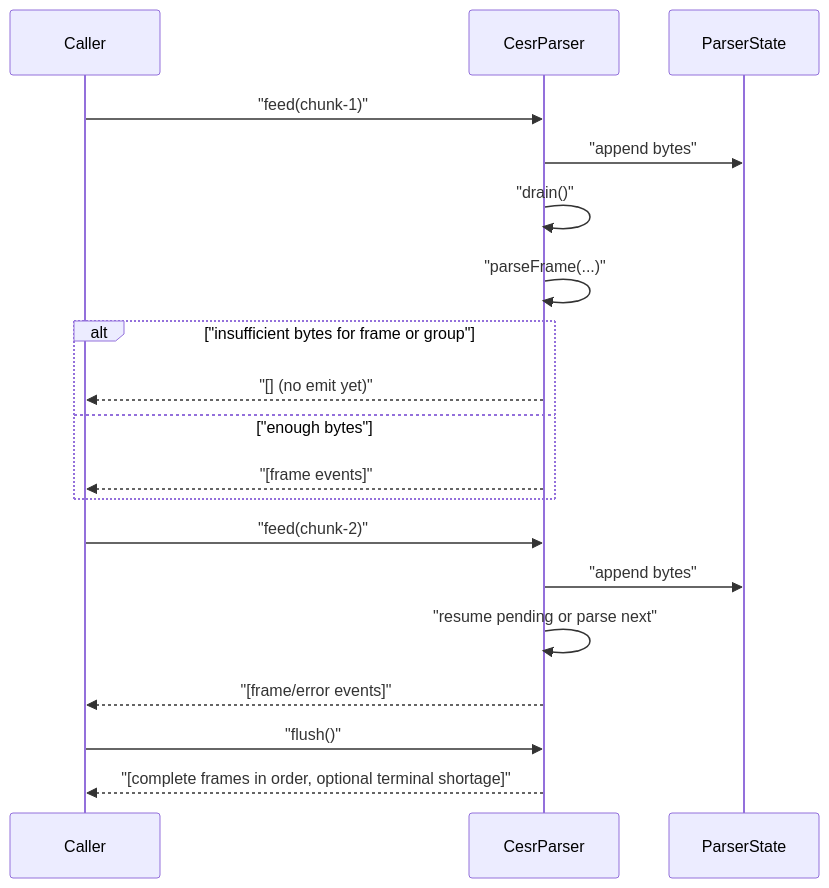
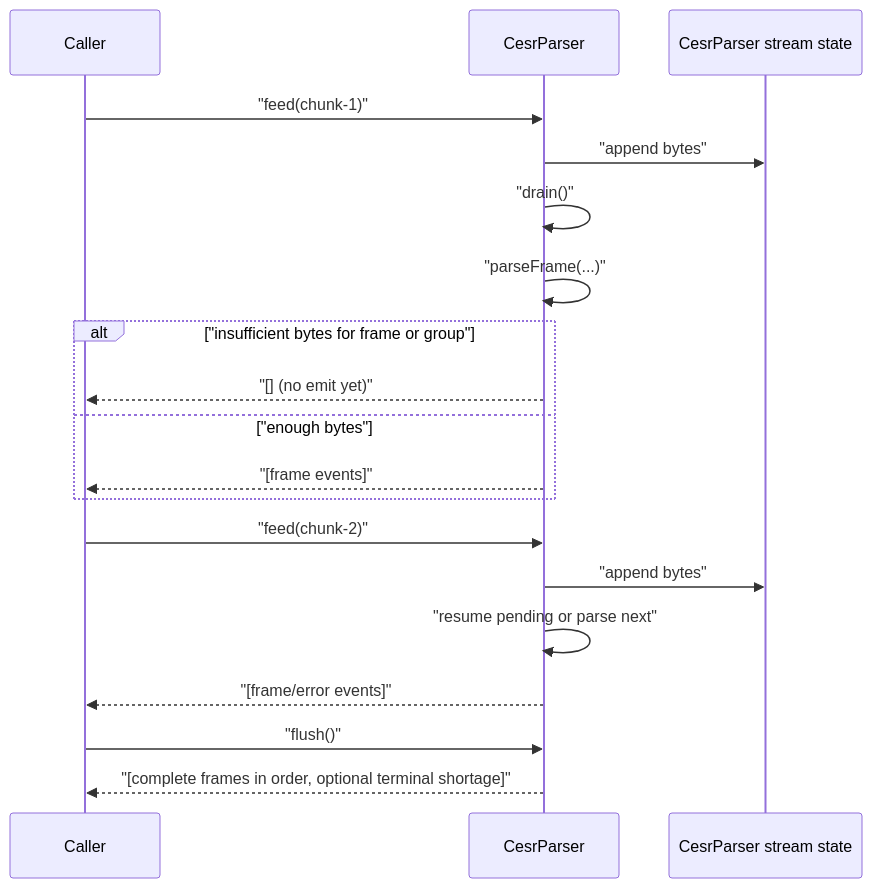
One commit to kentbull/keri-ts changed the sixth of 7 diagrams in docs/design-docs/cesr/CESR_ATOMIC_BOUNDED_PARSER_ARCHITECTURE.md. Above: the diagram before and after it, drawn with Mermaid. The commit also changed 6 other files, not shown here.

First line of the commit message:
Keep stream state directly in CesrParser

````diff
--- a/docs/design-docs/cesr/CESR_ATOMIC_BOUNDED_PARSER_ARCHITECTURE.md
+++ b/docs/design-docs/cesr/CESR_ATOMIC_BOUNDED_PARSER_ARCHITECTURE.md
@@ -129,24 +129,24 @@
 ```mermaid
 sequenceDiagram
     participant C as Caller
     participant P as CesrParser
-    participant S as ParserState
+    participant S as CesrParser stream state
 
     C->>P: "feed(chunk-1)"
     P->>S: "append bytes"
     P->>P: "drain()"
     P->>P: "parseFrame(...)"
     alt "insufficient bytes for frame or group"
         P-->>C: "[] (no emit yet)"
     else "enough bytes"
         P-->>C: "[frame events]"
     end
 
     C->>P: "feed(chunk-2)"
     P->>S: "append bytes"
     P->>P: "resume pending or parse next"
     P-->>C: "[frame/error events]"
 
     C->>P: "flush()"
     P-->>C: "[complete frames in order, optional terminal shortage]"
 ```
````
